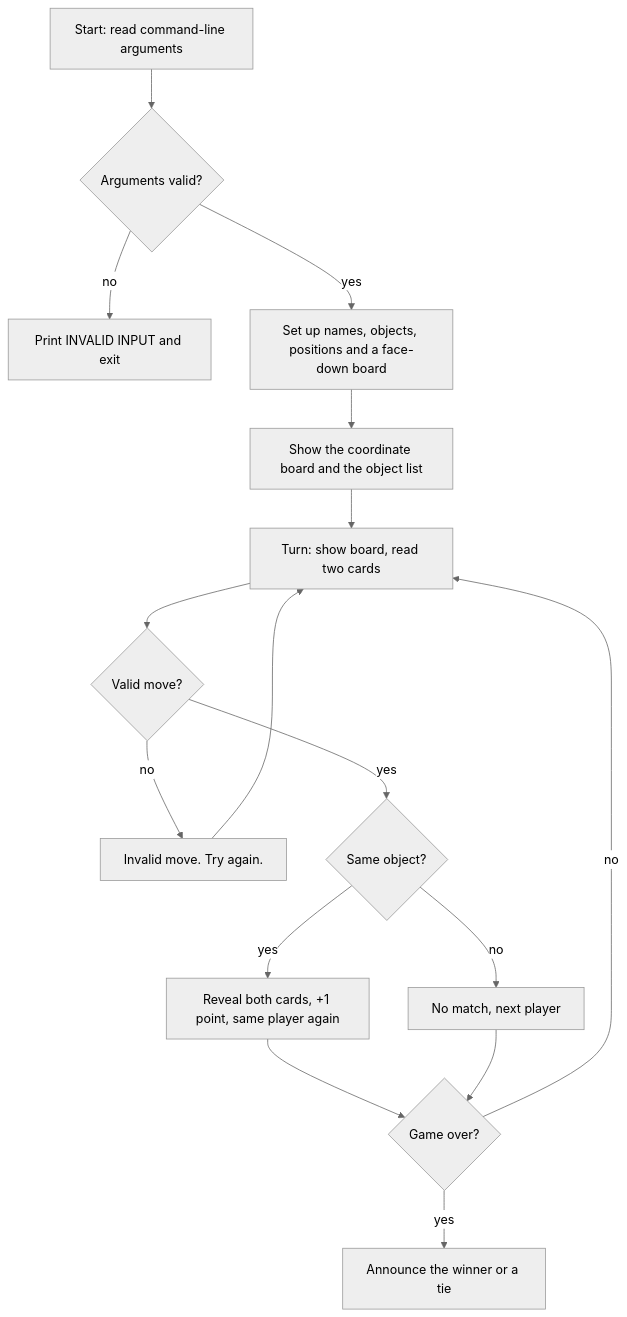
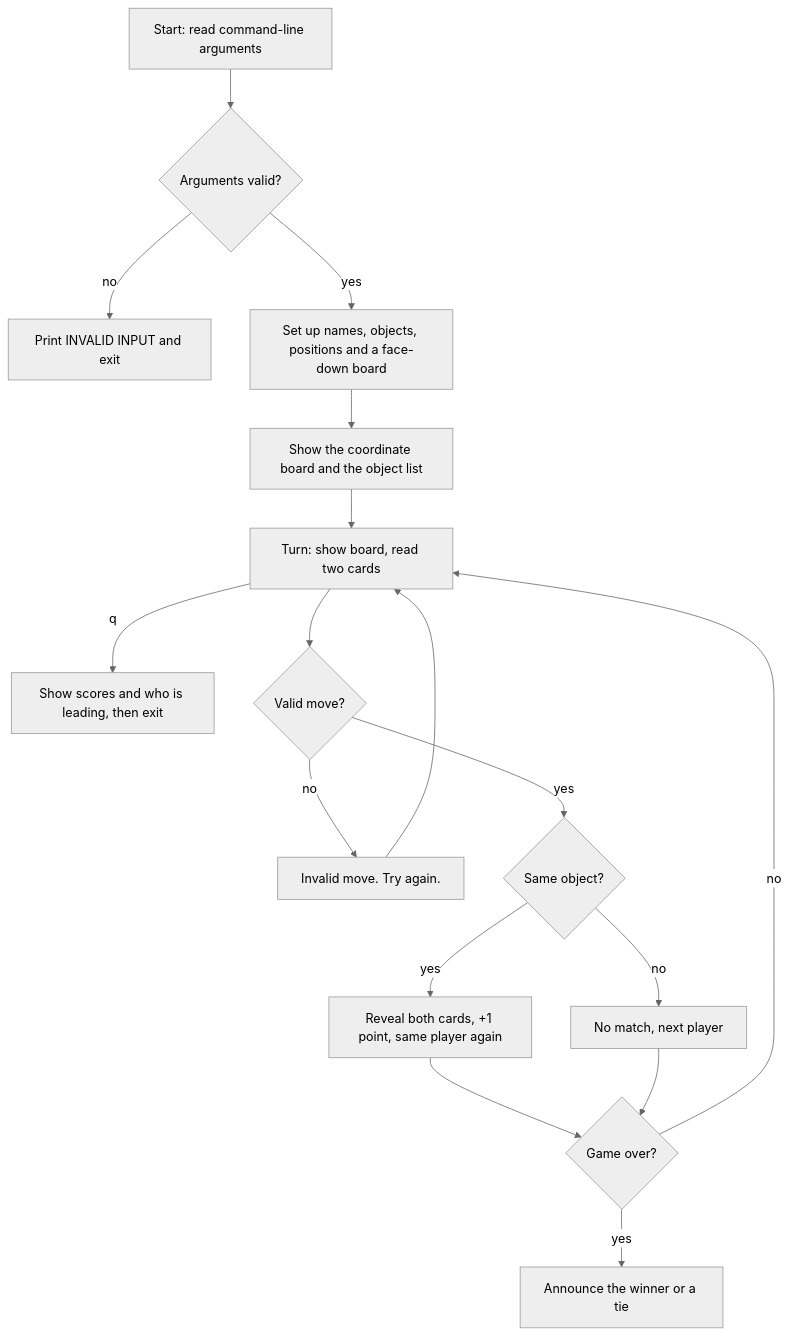
The diagram in README.md (JonHadar/The-Memory-Game), drawn with Mermaid (neutral theme) before and after one commit. The commit also changed other lines of this file and 1 other file, not shown here.

````diff
--- a/README.md
+++ b/README.md
@@ -86,17 +99,18 @@
 ```mermaid
 flowchart TD
     A[Start: read command-line arguments] --> B{Arguments valid?}
     B -- no --> X[Print INVALID INPUT and exit]
     B -- yes --> C[Set up names, objects, positions and a face-down board]
     C --> D[Show the coordinate board and the object list]
     D --> E[Turn: show board, read two cards]
+    E -- q --> Q[Show scores and who is leading, then exit]
     E --> F{Valid move?}
     F -- no --> E2[Invalid move. Try again.] --> E
     F -- yes --> G{Same object?}
     G -- yes --> H[Reveal both cards, +1 point, same player again]
     G -- no --> I[No match, next player]
     H --> J{Game over?}
     I --> J
     J -- no --> E
     J -- yes --> K[Announce the winner or a tie]
 ```
````
